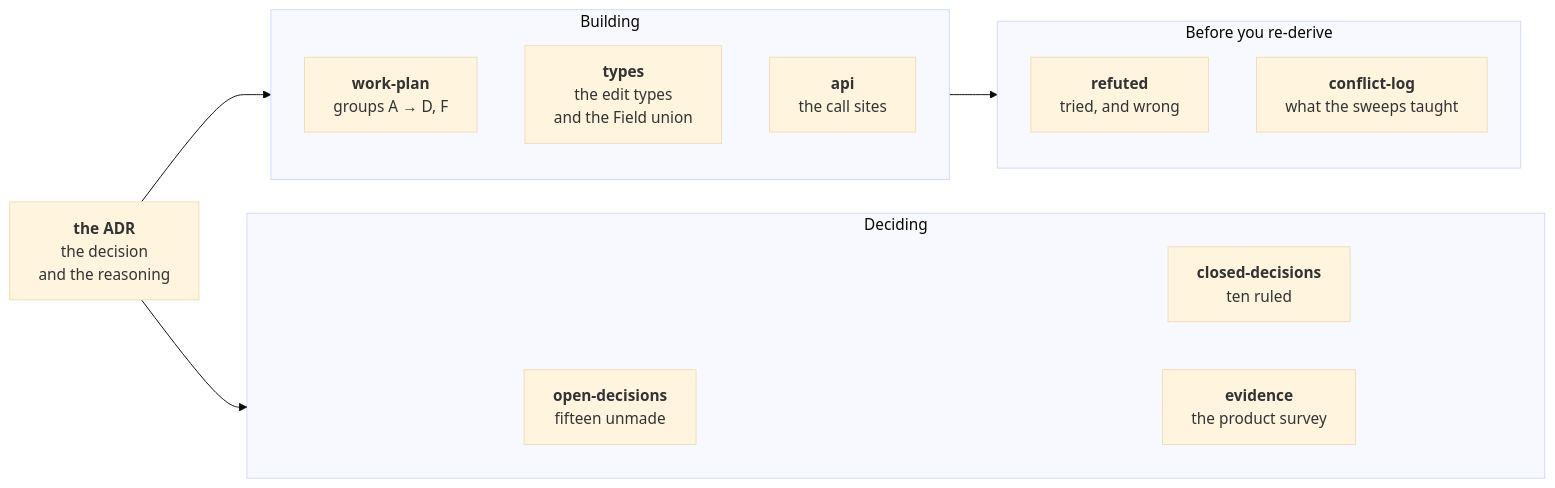
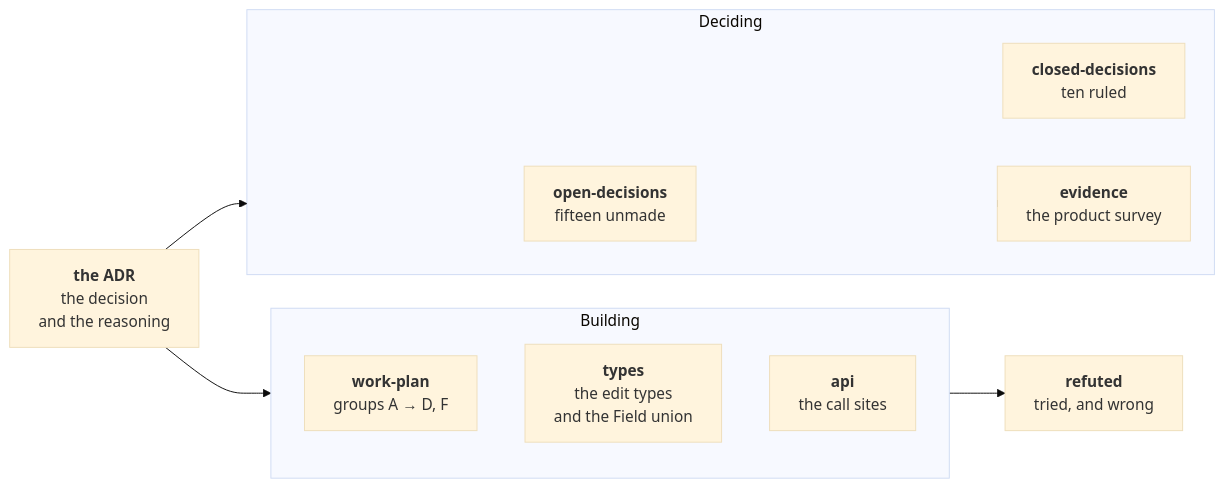
The diagram in plans/adr-0011-field-redesign/README.md (freegantt/freegantt), drawn with Mermaid (base theme) before and after one commit. The commit also changed other lines of this file and 6 other files, not shown here.

````diff
--- a/plans/adr-0011-field-redesign/README.md
+++ b/plans/adr-0011-field-redesign/README.md
@@ -9,22 +9,19 @@
 ```mermaid
 flowchart LR
   ADR["<b>the ADR</b><br/>the decision<br/>and the reasoning"]
   subgraph deciding["Deciding"]
     OD["<b>open-decisions</b><br/>fifteen unmade"]
     CD["<b>closed-decisions</b><br/>ten ruled"]
     EV["<b>evidence</b><br/>the product survey"]
   end
   subgraph building["Building"]
     WP["<b>work-plan</b><br/>groups A → D, F"]
     TY["<b>types</b><br/>the edit types<br/>and the Field union"]
     AP["<b>api</b><br/>the call sites"]
   end
-  subgraph guarding["Before you re-derive"]
-    RF["<b>refuted</b><br/>tried, and wrong"]
-    CL["<b>conflict-log</b><br/>what the sweeps taught"]
-  end
+  RF["<b>refuted</b><br/>tried, and wrong"]
   ADR --> deciding
   ADR --> building
-  building --> guarding
+  building --> RF
   deciding --> EV
 ```
````
